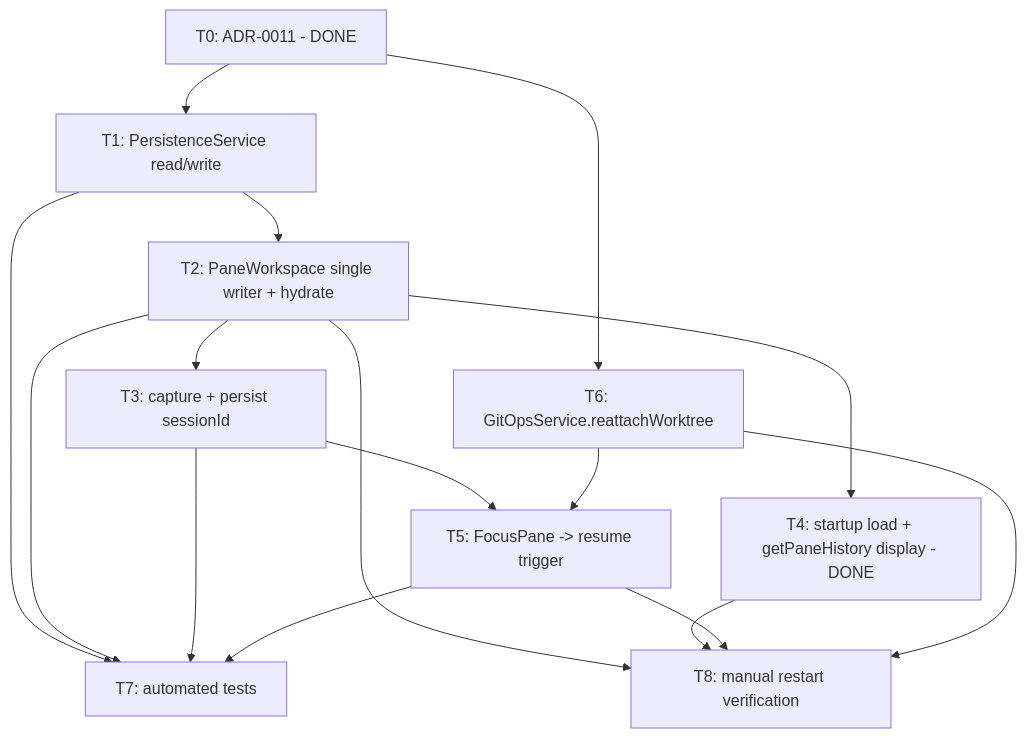
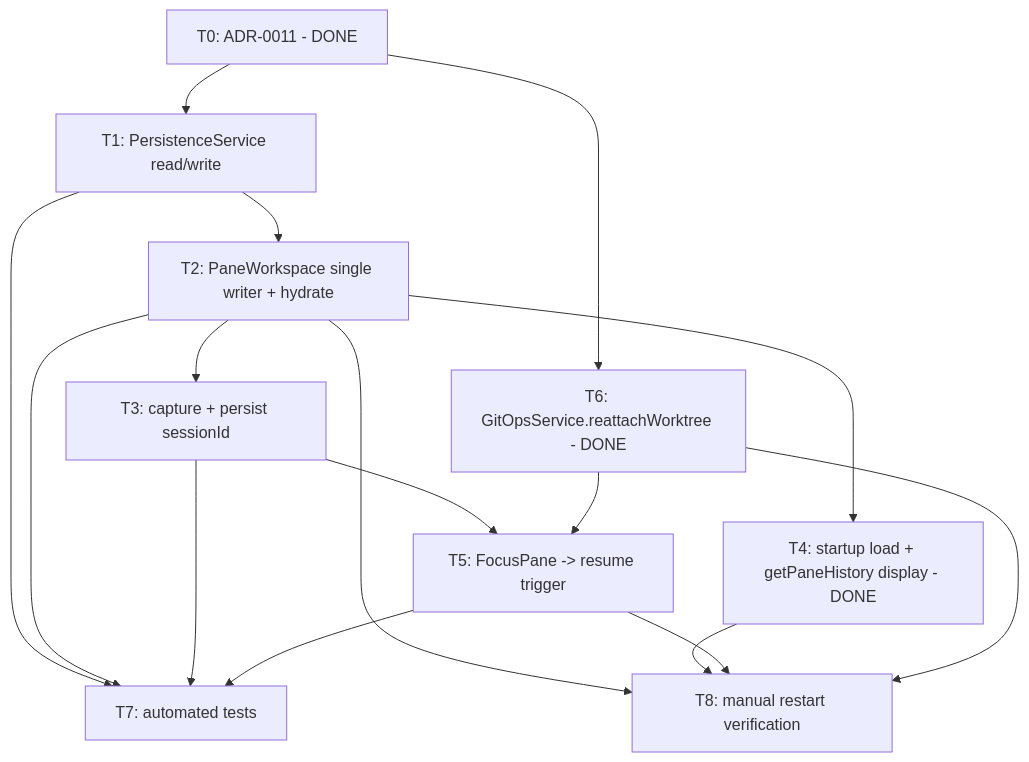
One commit to draekien/dia changed the diagram in .draekien/break-down-prd/dia-mvp/05-persistence-restart-restore.md. Above: the diagram before and after it, drawn with Mermaid. The commit also changed other lines of this file and 3 other files, not shown here.

First line of the commit message:
feat: reattach a pane's worktree on resume without resetting its branch

````diff
--- a/.draekien/break-down-prd/dia-mvp/05-persistence-restart-restore.md
+++ b/.draekien/break-down-prd/dia-mvp/05-persistence-restart-restore.md
@@ -78,27 +78,27 @@
 ```mermaid
 graph TD
   T0[T0: ADR-0011 - DONE]
   T1[T1: PersistenceService read/write]
   T2[T2: PaneWorkspace single writer + hydrate]
   T3[T3: capture + persist sessionId]
   T4[T4: startup load + getPaneHistory display - DONE]
   T5[T5: FocusPane -> resume trigger]
-  T6[T6: GitOpsService.reattachWorktree]
+  T6[T6: GitOpsService.reattachWorktree - DONE]
   T7[T7: automated tests]
   T8[T8: manual restart verification]
   T0 --> T1
   T0 --> T6
   T1 --> T2
   T2 --> T3
   T2 --> T4
   T3 --> T5
   T6 --> T5
   T1 --> T7
   T2 --> T7
   T3 --> T7
   T5 --> T7
   T2 --> T8
   T4 --> T8
   T5 --> T8
   T6 --> T8
 ```
````
